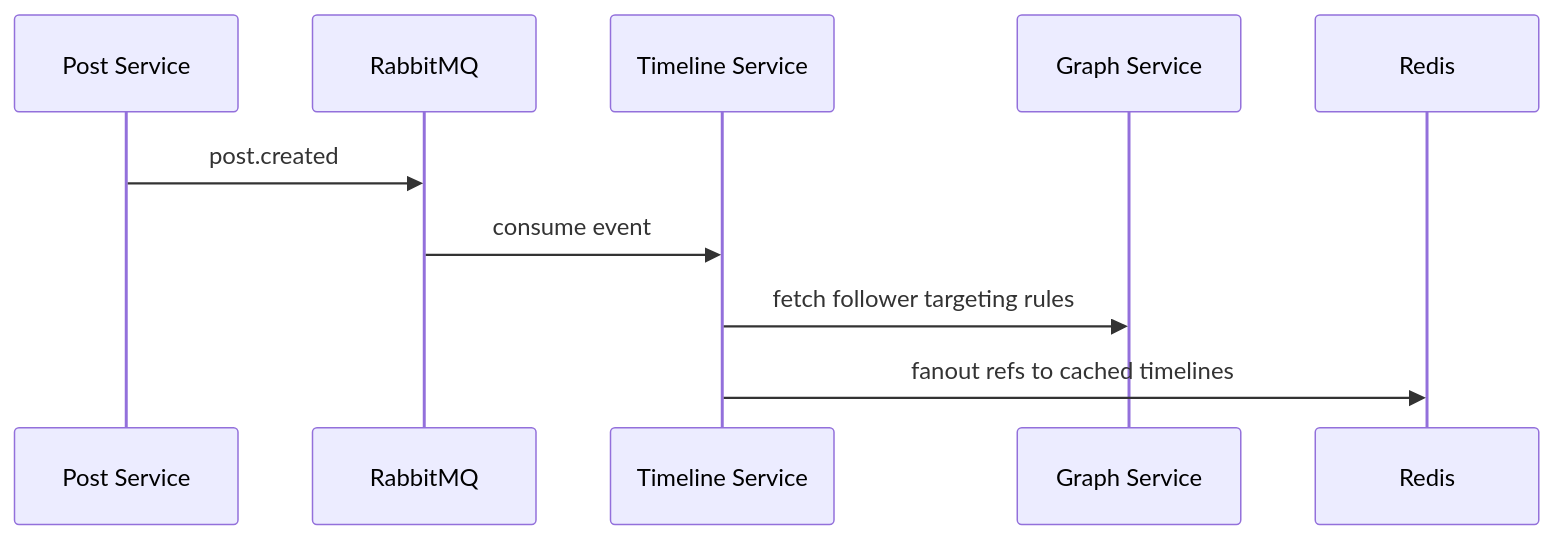
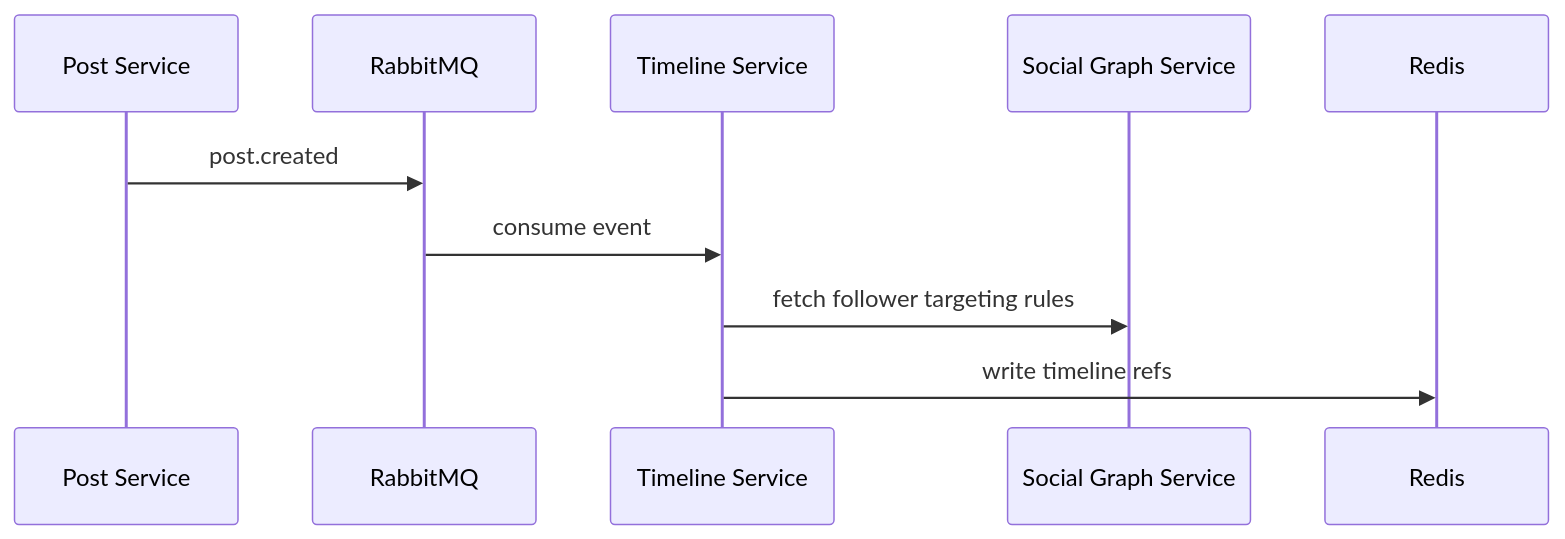
The third of 4 diagrams in docs/system-design.md (joyscripts/x.com), drawn with Mermaid before and after one commit. The commit also changed other lines of this file and 9 other files, not shown here.

````diff
--- a/docs/system-design.md
+++ b/docs/system-design.md
@@ -519,13 +347,13 @@
 ```mermaid
 sequenceDiagram
     participant PS as Post Service
     participant MQ as RabbitMQ
     participant TL as Timeline Service
-    participant G as Graph Service
+    participant SG as Social Graph Service
     participant R as Redis
 
     PS->>MQ: post.created
     MQ->>TL: consume event
-    TL->>G: fetch follower targeting rules
-    TL->>R: fanout refs to cached timelines
+    TL->>SG: fetch follower targeting rules
+    TL->>R: write timeline refs
 ```
````
